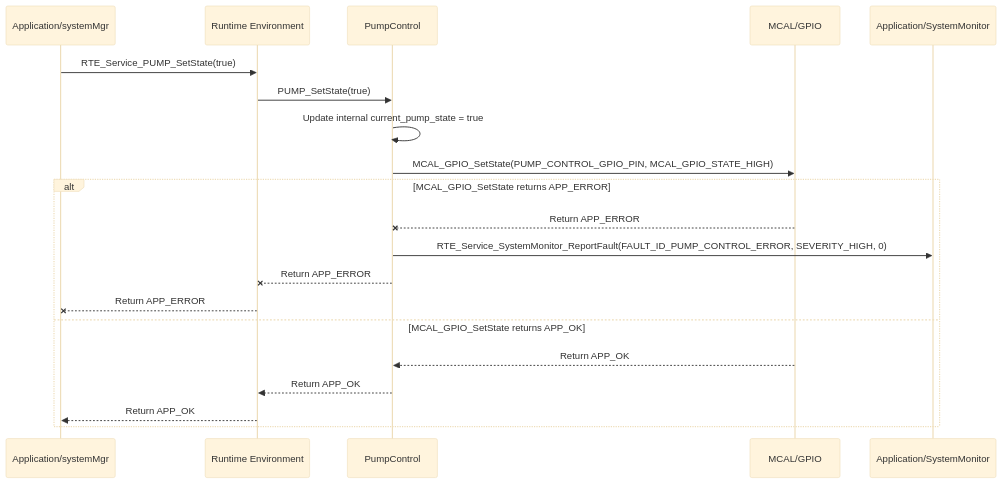
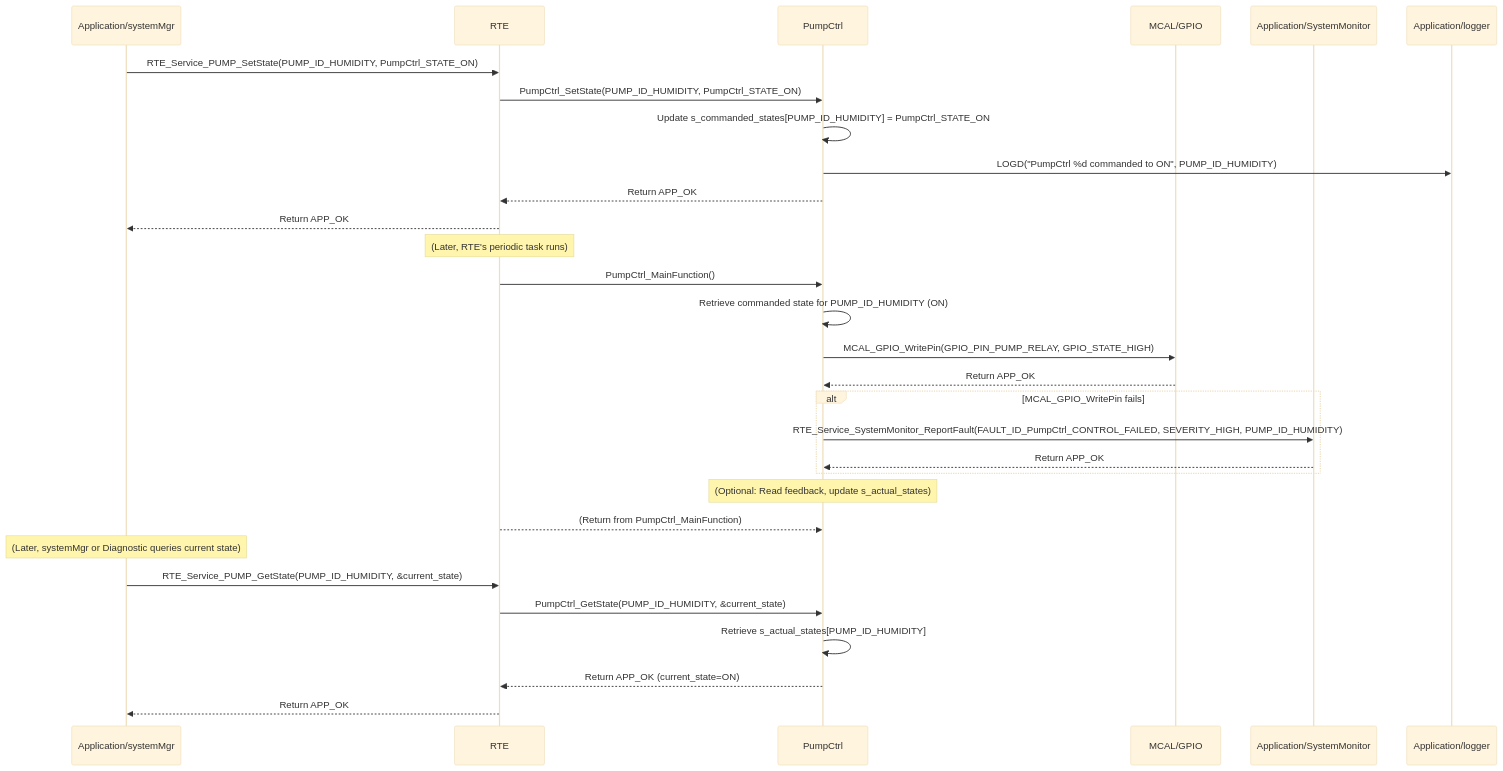
One commit to ashaker-2/Platform changed the diagram in Requiremets/Design/Application/PumpControl.md. Above: the diagram before and after it, drawn with Mermaid (base theme). The commit also changed other lines of this file and 26 other files, not shown here.

````diff
--- a/Requiremets/Design/Application/PumpControl.md
+++ b/Requiremets/Design/Application/PumpControl.md
@@ -112,23 +180,35 @@
 ```mermaid
 sequenceDiagram  
     participant SystemMgr as Application/systemMgr  
-    participant RTE as Runtime Environment  
-    participant Pump as PumpControl  
+    participant RTE as RTE  
+    participant PumpCtrl as PumpCtrl  
     participant MCAL_GPIO as MCAL/GPIO  
-    participant SystemMonitor as Application/SystemMonitor
+    participant SystemMonitor as Application/SystemMonitor  
+    participant Logger as Application/logger
 
-    SystemMgr->>RTE: RTE_Service_PUMP_SetState(true)  
-    RTE->>Pump: PUMP_SetState(true)  
-    Pump->>Pump: Update internal current_pump_state = true  
-    Pump->>MCAL_GPIO: MCAL_GPIO_SetState(PUMP_CONTROL_GPIO_PIN, MCAL_GPIO_STATE_HIGH)  
-    alt MCAL_GPIO_SetState returns APP_ERROR  
-        MCAL_GPIO--xPump: Return APP_ERROR  
-        Pump->>SystemMonitor: RTE_Service_SystemMonitor_ReportFault(FAULT_ID_PUMP_CONTROL_ERROR, SEVERITY_HIGH, 0)  
-        Pump--xRTE: Return APP_ERROR  
-        RTE--xSystemMgr: Return APP_ERROR  
-    else MCAL_GPIO_SetState returns APP_OK  
-        MCAL_GPIO-->>Pump: Return APP_OK  
-        Pump-->>RTE: Return APP_OK  
-        RTE-->>SystemMgr: Return APP_OK  
-    end
+    SystemMgr->>RTE: RTE_Service_PUMP_SetState(PUMP_ID_HUMIDITY, PumpCtrl_STATE_ON)  
+    RTE->>PumpCtrl: PumpCtrl_SetState(PUMP_ID_HUMIDITY, PumpCtrl_STATE_ON)  
+    PumpCtrl->>PumpCtrl: Update s_commanded_states[PUMP_ID_HUMIDITY] = PumpCtrl_STATE_ON  
+    PumpCtrl->>Logger: LOGD("PumpCtrl %d commanded to ON", PUMP_ID_HUMIDITY)  
+    PumpCtrl-->>RTE: Return APP_OK  
+    RTE-->>SystemMgr: Return APP_OK
+
+    Note over RTE: (Later, RTE's periodic task runs)  
+    RTE->>PumpCtrl: PumpCtrl_MainFunction()  
+    PumpCtrl->>PumpCtrl: Retrieve commanded state for PUMP_ID_HUMIDITY (ON)  
+    PumpCtrl->>MCAL_GPIO: MCAL_GPIO_WritePin(GPIO_PIN_PUMP_RELAY, GPIO_STATE_HIGH)  
+    MCAL_GPIO-->>PumpCtrl: Return APP_OK  
+    alt MCAL_GPIO_WritePin fails  
+        PumpCtrl->>SystemMonitor: RTE_Service_SystemMonitor_ReportFault(FAULT_ID_PumpCtrl_CONTROL_FAILED, SEVERITY_HIGH, PUMP_ID_HUMIDITY)  
+        SystemMonitor-->>PumpCtrl: Return APP_OK  
+    end  
+    Note over PumpCtrl: (Optional: Read feedback, update s_actual_states)  
+    RTE-->>PumpCtrl: (Return from PumpCtrl_MainFunction)
+
+    Note over SystemMgr: (Later, systemMgr or Diagnostic queries current state)  
+    SystemMgr->>RTE: RTE_Service_PUMP_GetState(PUMP_ID_HUMIDITY, &current_state)  
+    RTE->>PumpCtrl: PumpCtrl_GetState(PUMP_ID_HUMIDITY, &current_state)  
+    PumpCtrl->>PumpCtrl: Retrieve s_actual_states[PUMP_ID_HUMIDITY]  
+    PumpCtrl-->>RTE: Return APP_OK (current_state=ON)  
+    RTE-->>SystemMgr: Return APP_OK
 ```
````
